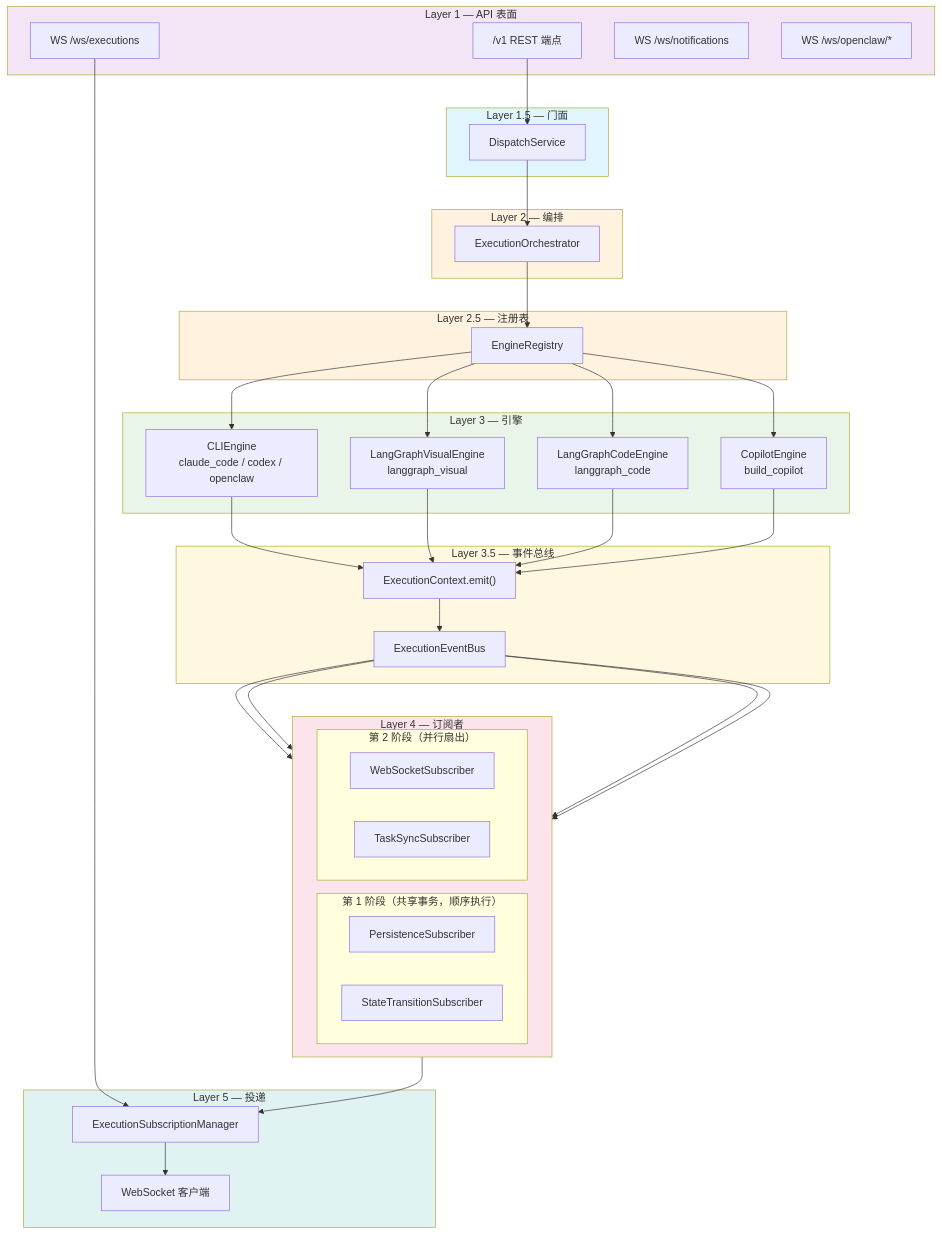
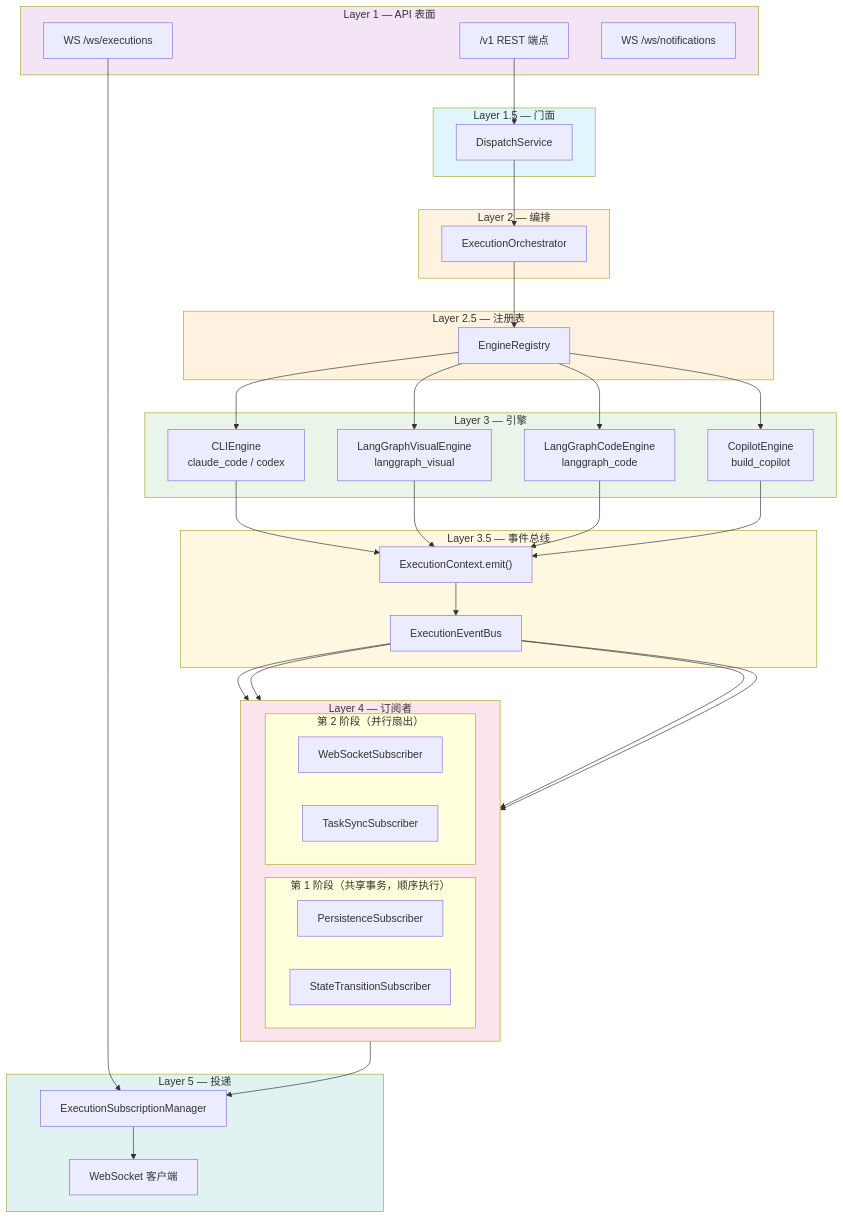
Before and after one commit to jd-opensource/JoySafeter: the first of 3 diagrams in docs/ARCHITECTURE_CN.md, drawn with Mermaid. The commit also changed other lines of this file and 1421 other files, not shown here.

````diff
--- a/docs/ARCHITECTURE_CN.md
+++ b/docs/ARCHITECTURE_CN.md
@@ -19,70 +19,69 @@
 ```mermaid
 flowchart TB
     subgraph L1["Layer 1 — API 表面"]
         REST["/v1 REST 端点"]
         WS_EXEC["WS /ws/executions"]
         WS_NOTIF["WS /ws/notifications"]
-        WS_CLAW["WS /ws/openclaw/*"]
-    end
+            end
 
     subgraph L15["Layer 1.5 — 门面"]
         DISPATCH["DispatchService"]
     end
 
     subgraph L2["Layer 2 — 编排"]
         ORCH["ExecutionOrchestrator"]
     end
 
     subgraph L25["Layer 2.5 — 注册表"]
         REG["EngineRegistry"]
     end
 
     subgraph L3["Layer 3 — 引擎"]
-        CLI["CLIEngine<br/>claude_code / codex / openclaw"]
+        CLI["CLIEngine<br/>claude_code / codex"]
         GRAPH["LangGraphVisualEngine<br/>langgraph_visual"]
         CODE["LangGraphCodeEngine<br/>langgraph_code"]
         COPILOT["CopilotEngine<br/>build_copilot"]
     end
 
     subgraph L35["Layer 3.5 — 事件总线"]
         CTX["ExecutionContext.emit()"]
         BUS["ExecutionEventBus"]
     end
 
     subgraph L4["Layer 4 — 订阅者"]
         direction LR
         subgraph Phase1["第 1 阶段（共享事务，顺序执行）"]
             PERSIST["PersistenceSubscriber"]
             STATE["StateTransitionSubscriber"]
         end
         subgraph Phase2["第 2 阶段（并行扇出）"]
             WS_SUB["WebSocketSubscriber"]
             TASK_SUB["TaskSyncSubscriber"]
         end
     end
 
     subgraph L5["Layer 5 — 投递"]
         MGR["ExecutionSubscriptionManager"]
         CLIENTS["WebSocket 客户端"]
     end
 
     REST --> DISPATCH
     DISPATCH --> ORCH
     ORCH --> REG
     REG --> CLI & GRAPH & CODE & COPILOT
     CLI & GRAPH & CODE & COPILOT --> CTX
     CTX --> BUS
     BUS --> PERSIST & STATE
     BUS --> WS_SUB & TASK_SUB
     WS_SUB --> MGR --> CLIENTS
     WS_EXEC --> MGR
 
     style L1 fill:#f3e5f5
     style L15 fill:#e1f5ff
     style L2 fill:#fff3e0
     style L25 fill:#fff3e0
     style L3 fill:#e8f5e8
     style L35 fill:#fff8e1
     style L4 fill:#fce4ec
     style L5 fill:#e0f2f1
 ```
````
